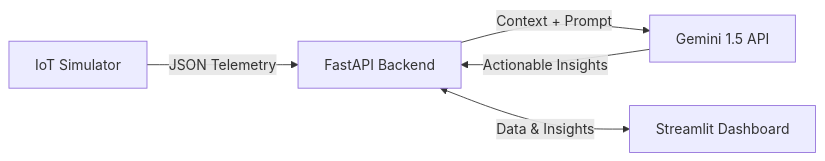
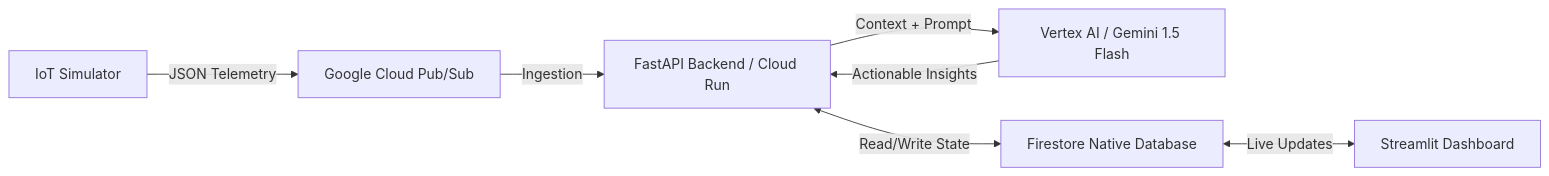
Before and after one commit to 07MADARA/stadiumsense-fifa-2026: the diagram in README.md, drawn with Mermaid. The commit also changed other lines of this file and 8 other files, not shown here.

Commit message:
feat: implement StadiumSense AI core, security middleware, and Cloud Run architecture

````diff
--- a/README.md
+++ b/README.md
@@ -13,7 +18,9 @@
 ```mermaid
 flowchart LR
-    A[IoT Simulator] -->|JSON Telemetry| B[FastAPI Backend]
-    B -->|Context + Prompt| C[Gemini 1.5 API]
-    C -->|Actionable Insights| B
-    B <-->|Data & Insights| D[Streamlit Dashboard]
+    A[IoT Simulator] -->|JSON Telemetry| B[Google Cloud Pub/Sub]
+    B -->|Ingestion| C[FastAPI Backend / Cloud Run]
+    C -->|Context + Prompt| D[Vertex AI / Gemini 1.5 Flash]
+    D -->|Actionable Insights| C
+    C <-->|Read/Write State| E[Firestore Native Database]
+    E <-->|Live Updates| F[Streamlit Dashboard]
 ```
````
